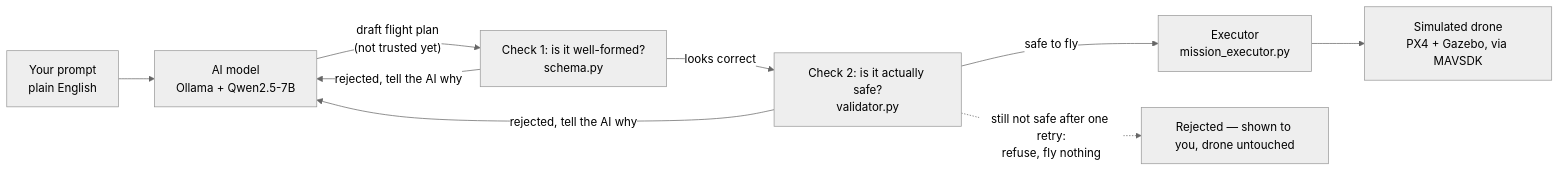
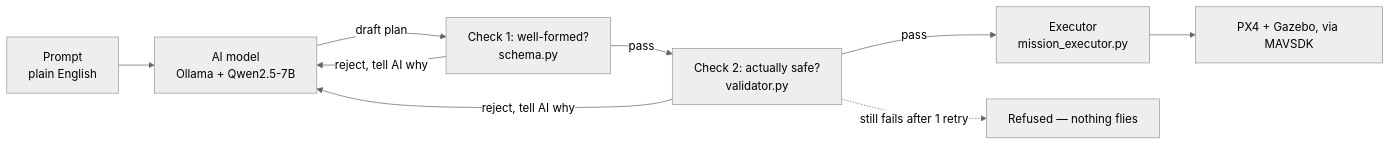
One commit to Keerthikrishna2810/prompt-to-flight-drone-pipeline changed the diagram in WRITEUP.md. Above: the diagram before and after it, drawn with Mermaid (neutral theme). The commit also changed other lines of this file, not shown here.

````diff
--- a/WRITEUP.md
+++ b/WRITEUP.md
@@ -31,11 +17,11 @@
 ```mermaid
 flowchart LR
-    A["Your prompt<br/>plain English"] --> B["AI model<br/>Ollama + Qwen2.5-7B"]
-    B -->|"draft flight plan<br/>(not trusted yet)"| C["Check 1: is it well-formed?<br/>schema.py"]
-    C -->|"rejected, tell the AI why"| B
-    C -->|"looks correct"| D["Check 2: is it actually safe?<br/>validator.py"]
-    D -->|"rejected, tell the AI why"| B
-    D -->|"safe to fly"| E["Executor<br/>mission_executor.py"]
-    E --> F["Simulated drone<br/>PX4 + Gazebo, via MAVSDK"]
-    D -.->|"still not safe after one retry:<br/>refuse, fly nothing"| G["Rejected — shown to you, drone untouched"]
+    A["Prompt<br/>plain English"] --> B["AI model<br/>Ollama + Qwen2.5-7B"]
+    B -->|"draft plan"| C["Check 1: well-formed?<br/>schema.py"]
+    C -->|"reject, tell AI why"| B
+    C -->|"pass"| D["Check 2: actually safe?<br/>validator.py"]
+    D -->|"reject, tell AI why"| B
+    D -->|"pass"| E["Executor<br/>mission_executor.py"]
+    E --> F["PX4 + Gazebo, via MAVSDK"]
+    D -.->|"still fails after 1 retry"| G["Refused — nothing flies"]
 ```
````
